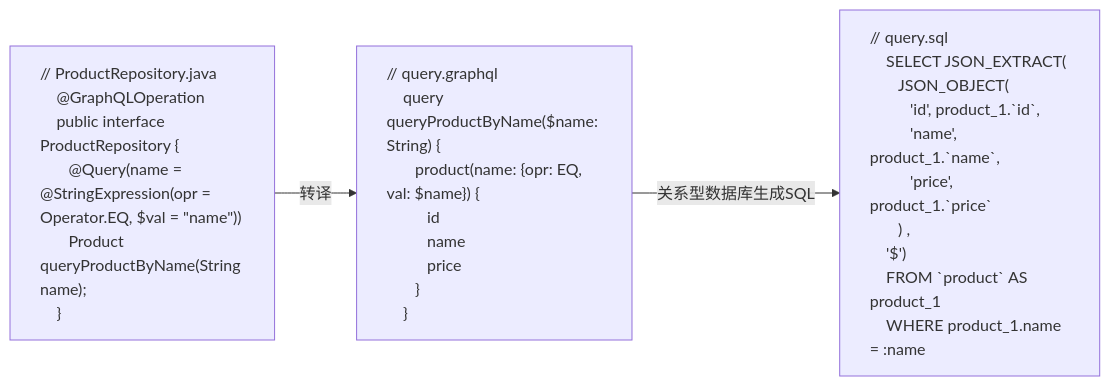
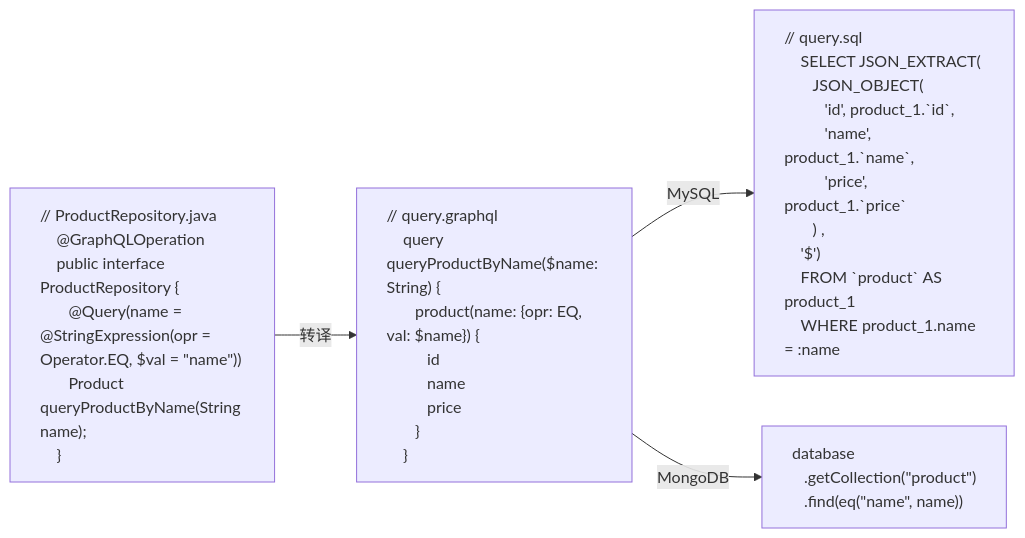
The seventh of 13 diagrams in docs/intro.md (doukai/gp-doc.github.io), drawn with Mermaid before and after one commit. The commit also changed 2 other files, not shown here.

````diff
--- a/docs/intro.md
+++ b/docs/intro.md
@@ -252,31 +252,37 @@
 ```mermaid
 flowchart LR
     code["// ProductRepository.java
     @GraphQLOperation
     public interface ProductRepository {
     &emsp;@Query(name = @StringExpression(opr = Operator.EQ, $val = &quot;name&quot;))
     &emsp;Product queryProductByName(String name);
     }"]
     query["// query.graphql
     query queryProductByName($name: String) {
     &emsp;product(name: {opr: EQ, val: $name}) {
     &emsp;&emsp;id
     &emsp;&emsp;name
     &emsp;&emsp;price
     &emsp;}
     }"]
     dml["// query.sql
     SELECT JSON_EXTRACT(
     &emsp;JSON_OBJECT(
     &emsp;&emsp;'id', product_1.`id`,
     &emsp;&emsp;'name', product_1.`name`,
     &emsp;&emsp;'price', product_1.`price`
     &emsp;) ,
     '$')
     FROM `product` AS product_1
     WHERE product_1.name = :name"]
-    code -- 转译 --> query -- 关系型数据库生成SQL --> dml
+    mongodb["database
+    &emsp;.getCollection(&quot;product&quot;)
+    &emsp;.find(eq(&quot;name&quot;, name))"]
+    code -- 转译 --> query
+    query -- MySQL --> dml
+    query -- MongoDB --> mongodb
     style code text-align:left
     style query text-align:left
     style dml text-align:left
+    style mongodb text-align:left
 ```
````
